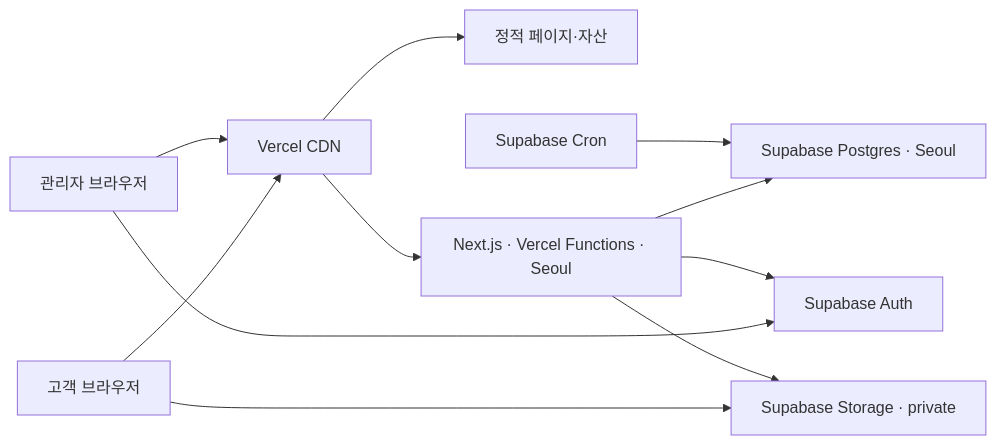
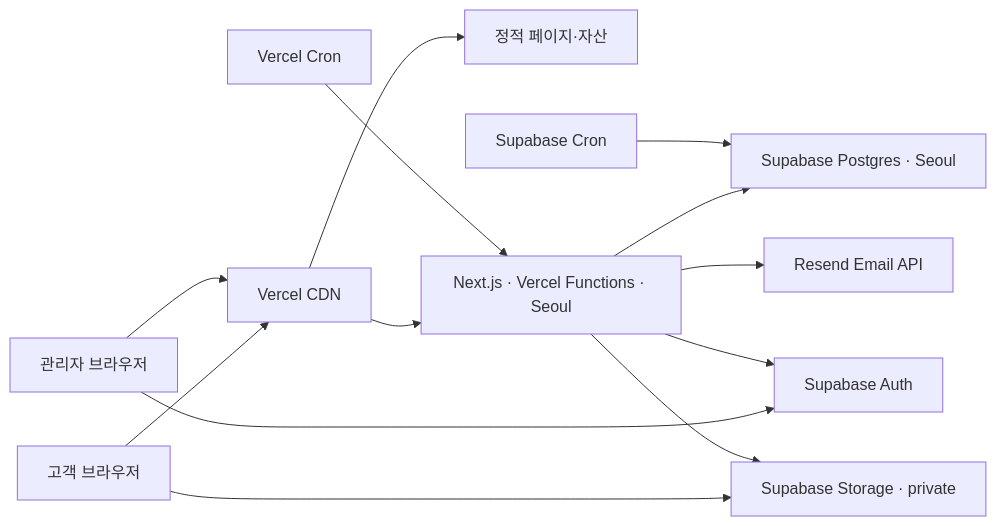
Before and after one commit to boothboothch-arch/boothbooth: the first of 2 diagrams in docs/TECHNICAL_DESIGN.md, drawn with Mermaid. The commit also changed other lines of this file and 29 other files, not shown here.

````diff
--- a/docs/TECHNICAL_DESIGN.md
+++ b/docs/TECHNICAL_DESIGN.md
@@ -46,13 +47,15 @@
 ```mermaid
 flowchart LR
   U["고객 브라우저"] --> CDN["Vercel CDN"]
   A["관리자 브라우저"] --> CDN
   CDN --> STATIC["정적 페이지·자산"]
   CDN --> VF["Next.js · Vercel Functions · Seoul"]
   VF --> DB["Supabase Postgres · Seoul"]
   A --> AUTH["Supabase Auth"]
   VF --> AUTH
   U --> STORAGE["Supabase Storage · private"]
   VF --> STORAGE
+  VCRON["Vercel Cron"] --> VF
+  VF --> EMAIL["Resend Email API"]
   CRON["Supabase Cron"] --> DB
 ```
````
